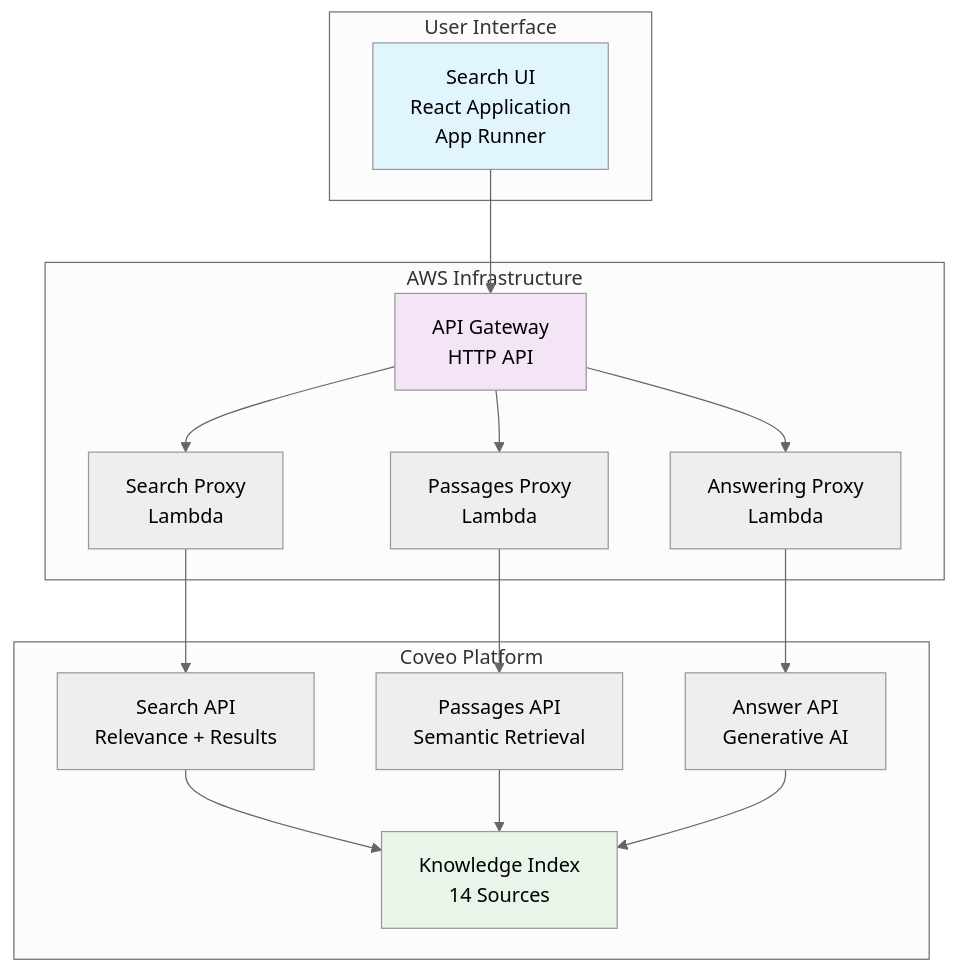
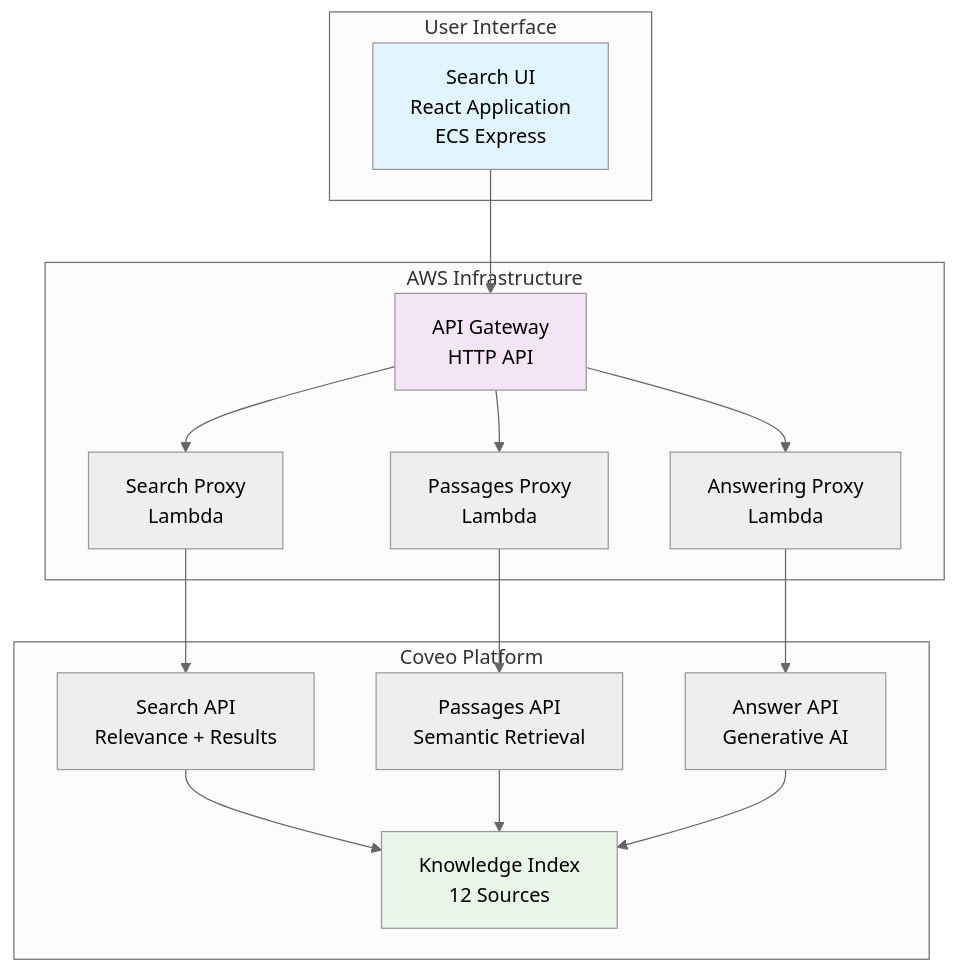
One commit to kpullagu/aws-coveo-workshop-stackset changed the first of 2 diagrams in mkdocs-workshop/docs/lab1/index.md. Above: the diagram before and after it, drawn with Mermaid (neutral theme). The commit also changed other lines of this file and 98 other files, not shown here.

````diff
--- a/mkdocs-workshop/docs/lab1/index.md
+++ b/mkdocs-workshop/docs/lab1/index.md
@@ -21,37 +21,37 @@
 ```mermaid
 graph TB
     subgraph "User Interface"
-        UI[Search UI<br/>React Application<br/>App Runner]
+        UI[Search UI<br/>React Application<br/>ECS Express]
     end
     
     subgraph "AWS Infrastructure"
         API[API Gateway<br/>HTTP API]
         L1[Search Proxy<br/>Lambda]
         L2[Passages Proxy<br/>Lambda]
         L3[Answering Proxy<br/>Lambda]
     end
     
     subgraph "Coveo Platform"
         SEARCH[Search API<br/>Relevance + Results]
         PASSAGES[Passages API<br/>Semantic Retrieval]
         ANSWER[Answer API<br/>Generative AI]
-        INDEX[Knowledge Index<br/>14 Sources]
+        INDEX[Knowledge Index<br/>12 Sources]
     end
     
     UI --> API
     API --> L1
     API --> L2
     API --> L3
     
     L1 --> SEARCH
     L2 --> PASSAGES
     L3 --> ANSWER
     
     SEARCH --> INDEX
     PASSAGES --> INDEX
     ANSWER --> INDEX
     
     style UI fill:#e1f5fe
     style API fill:#f3e5f5
     style INDEX fill:#e8f5e8
 ```
````
